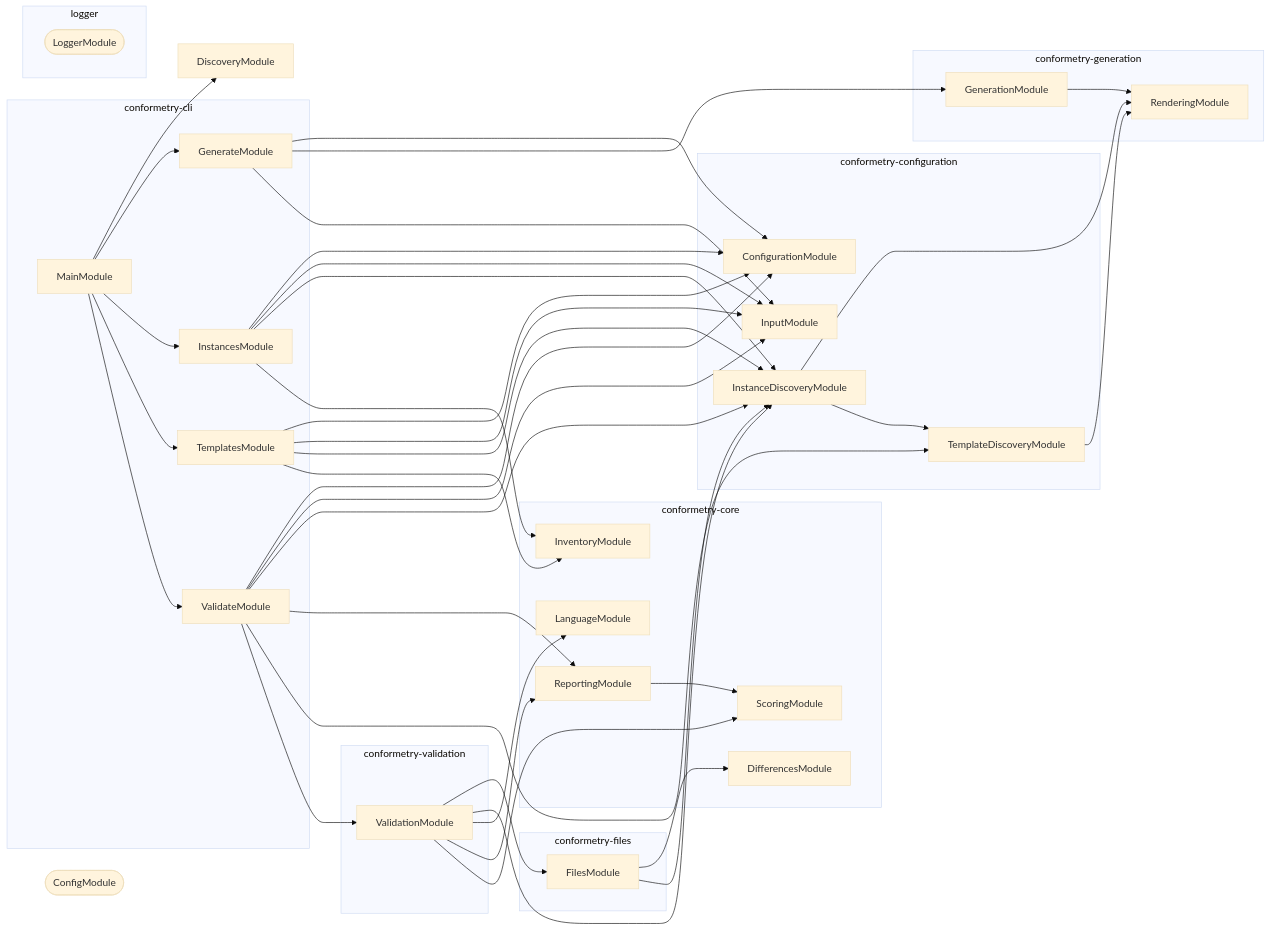
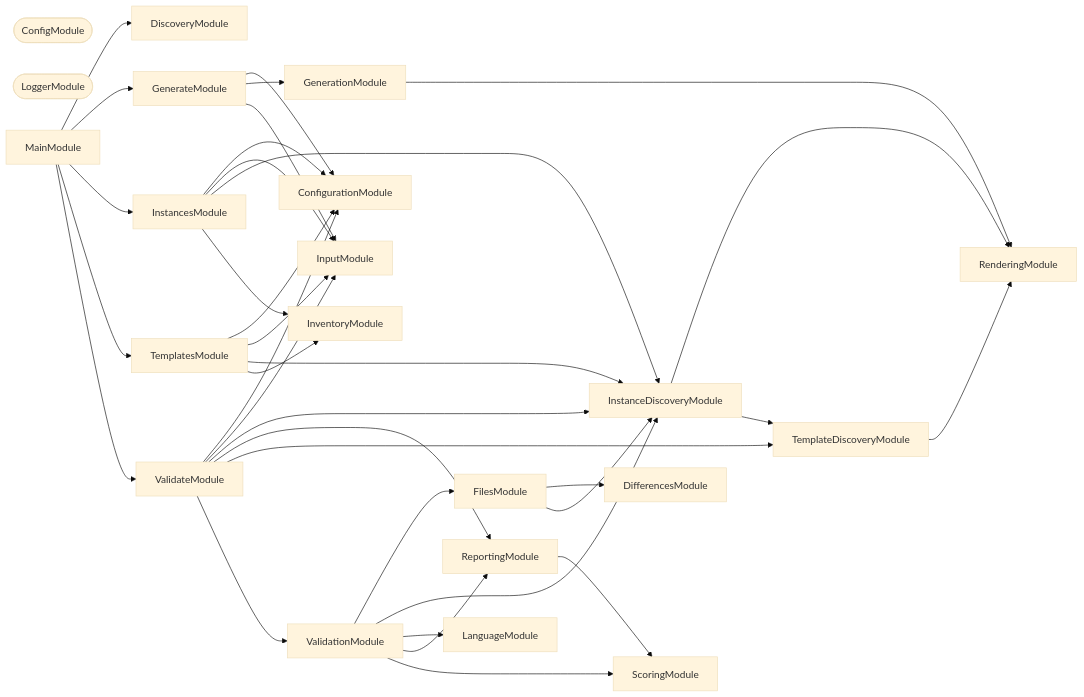
One commit to JimmyPaolini/codebase changed the second of 3 diagrams in packages/conformetry-cli/README.md. Above: the diagram before and after it, drawn with Mermaid (base theme). The commit also changed other lines of this file and 241 other files, not shown here.

First line of the commit message:
feat(codependix,synchronization,deployments,documentation,codebase): ✨ add the codependix dependency-graph export suite (#335)

````diff
--- a/packages/conformetry-cli/README.md
+++ b/packages/conformetry-cli/README.md
@@ -401,72 +740,58 @@
 ```mermaid
 flowchart LR
-  subgraph group0["conformetry-cli"]
-    GenerateModule
-    InstancesModule
-    MainModule
-    TemplatesModule
-    ValidateModule
-  end
-  subgraph group1["conformetry-configuration"]
-    ConfigurationModule
-    InputModule
-    InstanceDiscoveryModule
-    TemplateDiscoveryModule
-  end
-  subgraph group2["conformetry-core"]
-    DifferencesModule
-    InventoryModule
-    LanguageModule
-    ReportingModule
-    ScoringModule
-  end
-  subgraph group3["conformetry-files"]
-    FilesModule
-  end
-  subgraph group4["conformetry-generation"]
-    GenerationModule
-    RenderingModule
-  end
-  subgraph group5["conformetry-validation"]
-    ValidationModule
-  end
-  subgraph group6["logger"]
-    LoggerModule([LoggerModule])
-  end
   ConfigModule([ConfigModule])
+  ConfigurationModule
+  DifferencesModule
   DiscoveryModule
+  FilesModule
+  GenerateModule
+  GenerationModule
+  InputModule
+  InstanceDiscoveryModule
+  InstancesModule
+  InventoryModule
+  LanguageModule
+  LoggerModule([LoggerModule])
+  MainModule
+  RenderingModule
+  ReportingModule
+  ScoringModule
+  TemplateDiscoveryModule
+  TemplatesModule
+  ValidateModule
+  ValidationModule
   FilesModule --> DifferencesModule
   FilesModule --> InstanceDiscoveryModule
   GenerateModule --> ConfigurationModule
   GenerateModule --> GenerationModule
   GenerateModule --> InputModule
   GenerationModule --> RenderingModule
   InstanceDiscoveryModule --> RenderingModule
   InstanceDiscoveryModule --> TemplateDiscoveryModule
   InstancesModule --> ConfigurationModule
   InstancesModule --> InputModule
   InstancesModule --> InstanceDiscoveryModule
   InstancesModule --> InventoryModule
   MainModule --> DiscoveryModule
   MainModule --> GenerateModule
   MainModule --> InstancesModule
   MainModule --> TemplatesModule
   MainModule --> ValidateModule
   ReportingModule --> ScoringModule
   TemplateDiscoveryModule --> RenderingModule
   TemplatesModule --> ConfigurationModule
   TemplatesModule --> InputModule
   TemplatesModule --> InstanceDiscoveryModule
   TemplatesModule --> InventoryModule
   ValidateModule --> ConfigurationModule
   ValidateModule --> InputModule
   ValidateModule --> InstanceDiscoveryModule
   ValidateModule --> ReportingModule
   ValidateModule --> TemplateDiscoveryModule
   ValidateModule --> ValidationModule
   ValidationModule --> FilesModule
   ValidationModule --> InstanceDiscoveryModule
   ValidationModule --> LanguageModule
   ValidationModule --> ReportingModule
   ValidationModule --> ScoringModule
 ```
````
